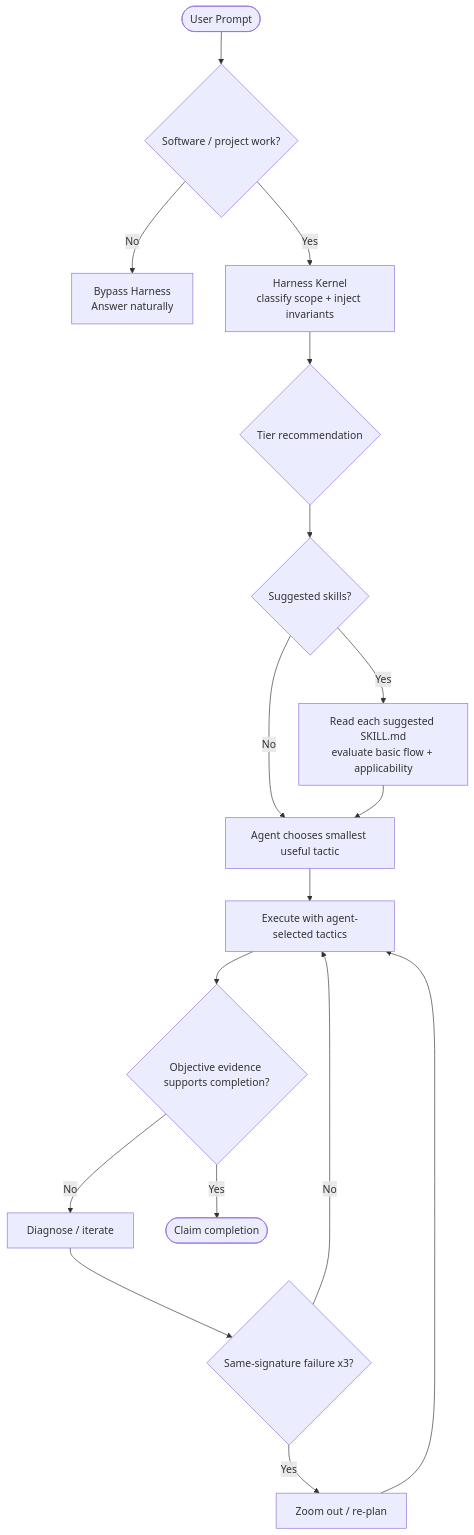
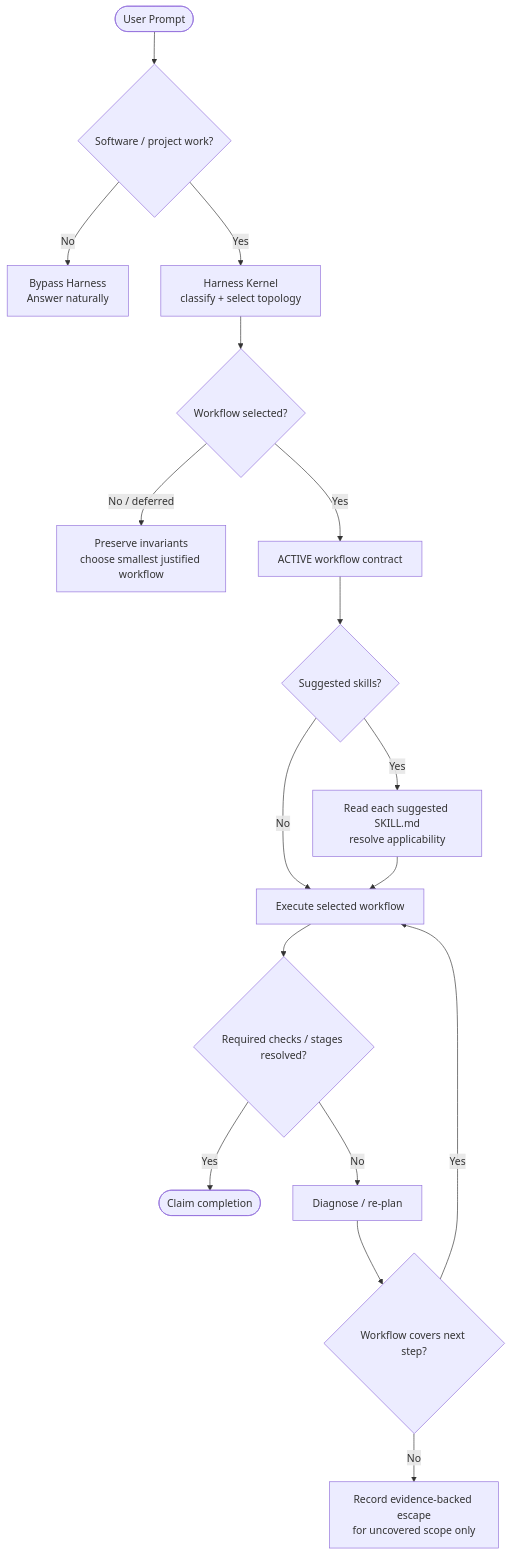
Before and after one commit to dyphn1/Harness-everything: the first of 2 diagrams in harness-everything/references/triage-and-tiers.md, drawn with Mermaid. The commit also changed other lines of this file and 11 other files, not shown here.

Commit message:
docs(router): align mandatory workflow contract

````diff
--- a/harness-everything/references/triage-and-tiers.md
+++ b/harness-everything/references/triage-and-tiers.md
@@ -9,19 +9,19 @@
 ```mermaid
 flowchart TD
     U([User Prompt]) --> S{Software / project work?}
     S -- No --> B[Bypass Harness<br/>Answer naturally]
-    S -- Yes --> K[Harness Kernel<br/>classify scope + inject invariants]
-    K --> T{Tier recommendation}
-    T --> G{Suggested skills?}
-    G -- Yes --> R[Read each suggested SKILL.md<br/>evaluate basic flow + applicability]
-    G -- No --> C[Agent chooses smallest useful tactic]
-    R --> C
-    C --> E[Execute with agent-selected tactics]
-    E --> V{Objective evidence supports completion?}
-    V -- No --> D[Diagnose / iterate]
-    D --> F{Same-signature failure x3?}
-    F -- No --> E
-    F -- Yes --> Z[Zoom out / re-plan]
-    Z --> E
+    S -- Yes --> K[Harness Kernel<br/>classify + select topology]
+    K --> W{Workflow selected?}
+    W -- No / deferred --> D[Preserve invariants<br/>choose smallest justified workflow]
+    W -- Yes --> A[ACTIVE workflow contract]
+    A --> G{Suggested skills?}
+    G -- Yes --> R[Read each suggested SKILL.md<br/>resolve applicability]
+    G -- No --> E[Execute selected workflow]
+    R --> E
+    E --> V{Required checks / stages resolved?}
     V -- Yes --> O([Claim completion])
+    V -- No --> P[Diagnose / re-plan]
+    P --> X{Workflow covers next step?}
+    X -- Yes --> E
+    X -- No --> C[Record evidence-backed escape<br/>for uncovered scope only]
 ```
````
